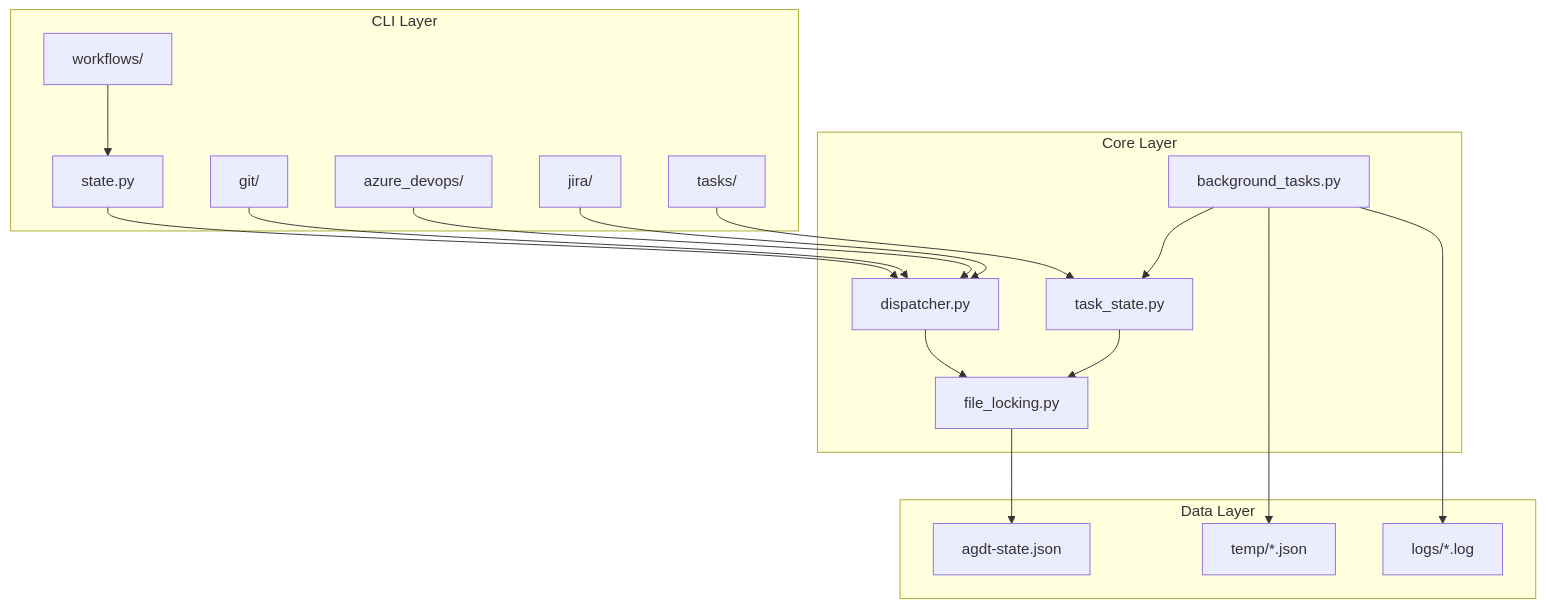
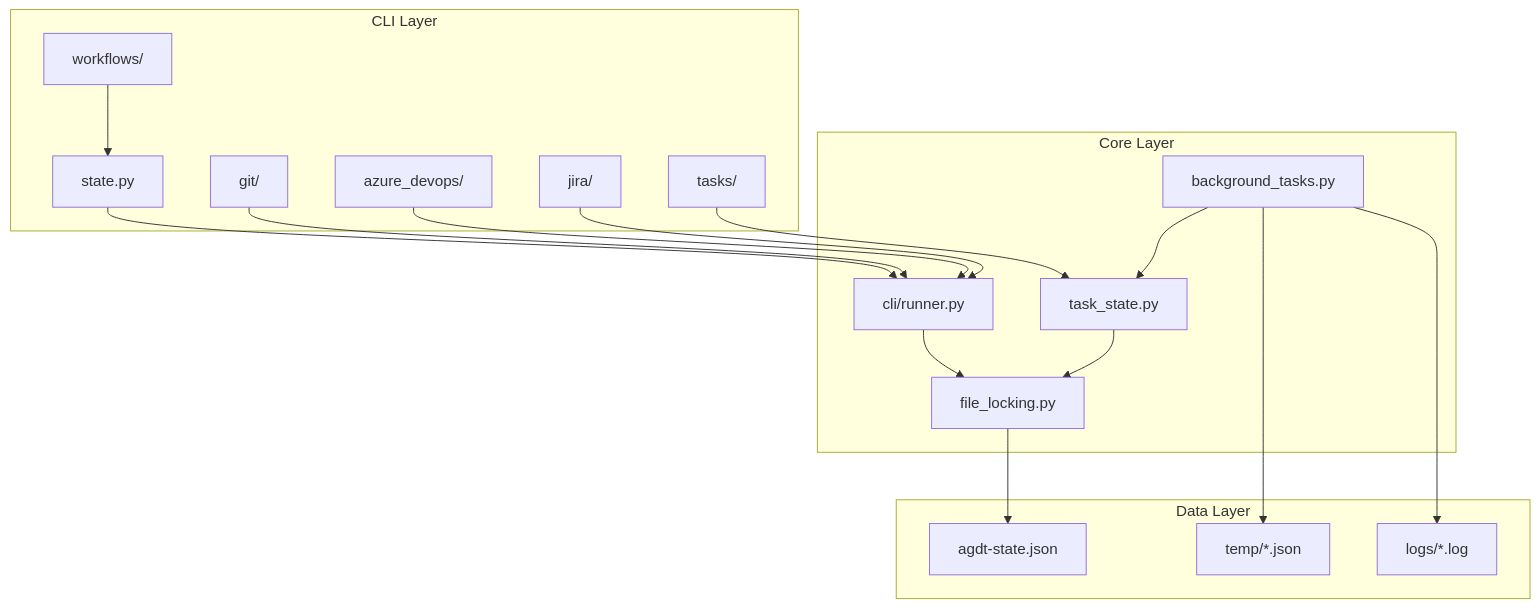
The sixth of 7 diagrams in docs/04-solution-strategy.md (ayaiayorg/agentic-devtools), drawn with Mermaid before and after one commit. The commit also changed other lines of this file and 17 other files, not shown here.

````diff
--- a/docs/04-solution-strategy.md
+++ b/docs/04-solution-strategy.md
@@ -169,39 +150,39 @@
 ```mermaid
 graph TB
     subgraph "CLI Layer"
         State[state.py]
         Git[git/]
         ADO[azure_devops/]
         Jira[jira/]
         Tasks[tasks/]
         Workflows[workflows/]
     end
     
     subgraph "Core Layer"
-        Dispatcher[dispatcher.py]
+        Runner[cli/runner.py]
         BG[background_tasks.py]
         TaskState[task_state.py]
         Lock[file_locking.py]
     end
     
     subgraph "Data Layer"
         StateFile[agdt-state.json]
         OutputFiles[temp/*.json]
         Logs[logs/*.log]
     end
     
-    State --> Dispatcher
-    Git --> Dispatcher
-    ADO --> Dispatcher
-    Jira --> Dispatcher
+    State --> Runner
+    Git --> Runner
+    ADO --> Runner
+    Jira --> Runner
     Tasks --> TaskState
     Workflows --> State
     
-    Dispatcher --> Lock
+    Runner --> Lock
     BG --> TaskState
     TaskState --> Lock
     
     Lock --> StateFile
     BG --> OutputFiles
     BG --> Logs
 ```
````
